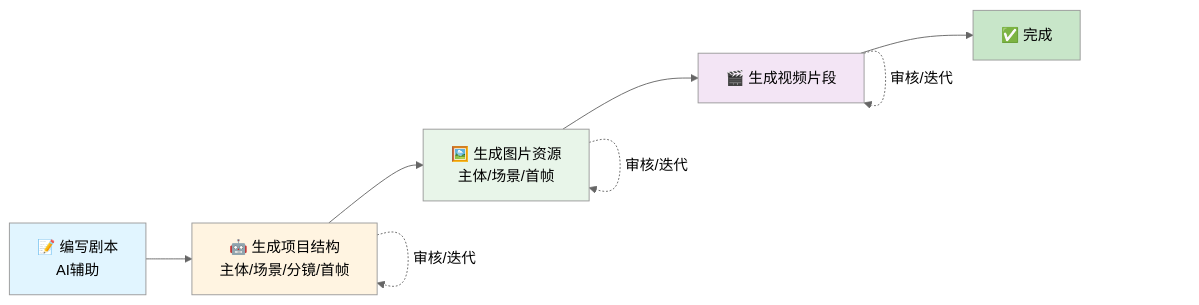
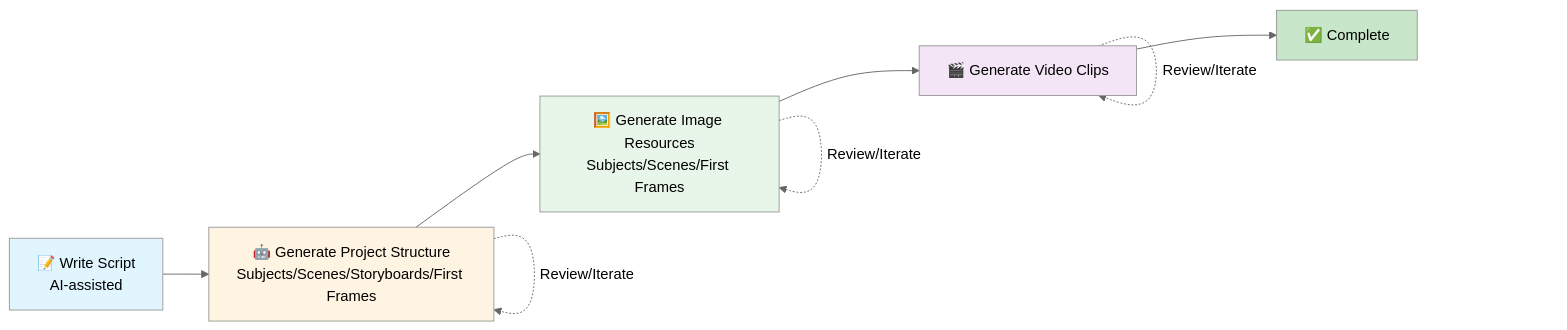
One commit to Cici2014/vibevideo changed the diagram in README.md. Above: the diagram before and after it, drawn with Mermaid (neutral theme). The commit also changed other lines of this file and 4 other files, not shown here.

````diff
--- a/README.md
+++ b/README.md
@@ -36,17 +38,17 @@
 ```mermaid
 flowchart LR
-    A[📝 编写剧本<br/>AI辅助] --> B[🤖 生成项目结构<br/>主体/场景/分镜/首帧]
-    B --> C[🖼️ 生成图片资源<br/>主体/场景/首帧]
-    C --> D[🎬 生成视频片段]
-    D --> E[✅ 完成]
+    A[📝 Write Script<br/>AI-assisted] --> B[🤖 Generate Project Structure<br/>Subjects/Scenes/Storyboards/First Frames]
+    B --> C[🖼️ Generate Image Resources<br/>Subjects/Scenes/First Frames]
+    C --> D[🎬 Generate Video Clips]
+    D --> E[✅ Complete]
     
-    B -.审核/迭代.-> B
-    C -.审核/迭代.-> C
-    D -.审核/迭代.-> D
+    B -.Review/Iterate.-> B
+    C -.Review/Iterate.-> C
+    D -.Review/Iterate.-> D
     
     style A fill:#e1f5ff
     style B fill:#fff4e1
     style C fill:#e8f5e9
     style D fill:#f3e5f5
     style E fill:#c8e6c9
 ```
````
